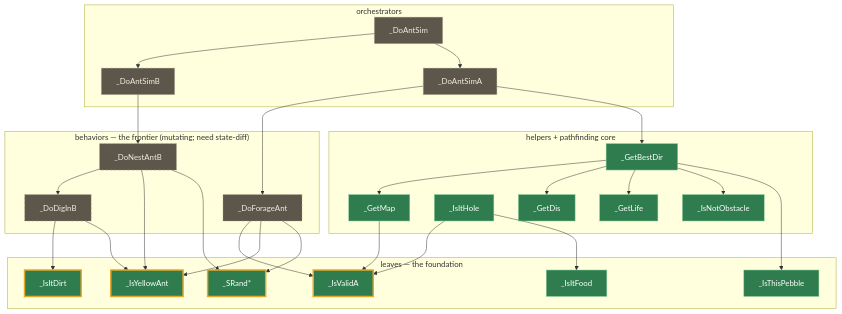
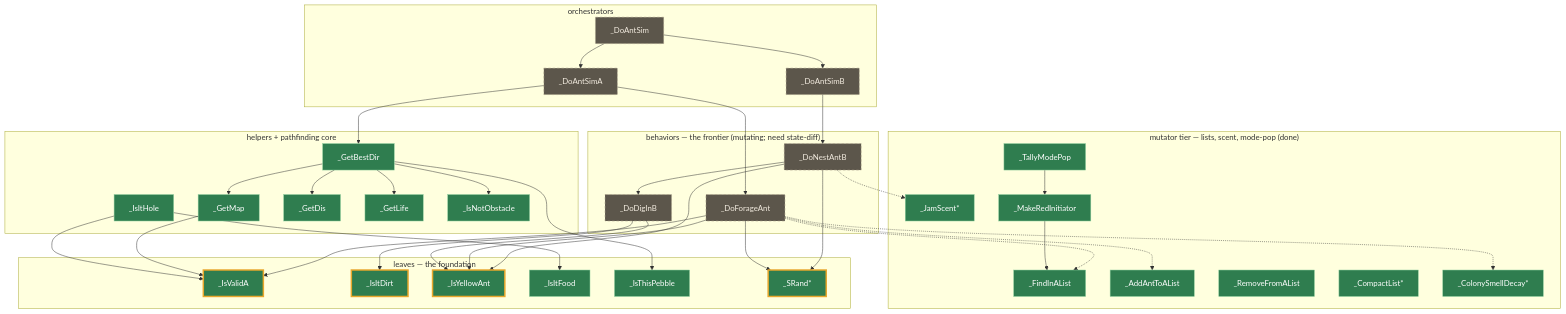
The diagram in README.md (missingno7/simant_port), drawn with Mermaid before and after one commit. The commit also changed other lines of this file, not shown here.

First line of the commit message:
docs(readme): update recovery map — ant-list/scent/mode-pop mutator tier done

````diff
--- a/README.md
+++ b/README.md
@@ -41,45 +47,60 @@
 ```mermaid
 flowchart TD
   subgraph L1["orchestrators"]
     das["_DoAntSim"]
     dab["_DoAntSimB"]
     daa["_DoAntSimA"]
   end
   subgraph L2["behaviors — the frontier (mutating; need state-diff)"]
     dnb["_DoNestAntB"]
     dfor["_DoForageAnt"]
     ddig["_DoDigInB"]
+  end
+  subgraph L3m["mutator tier — lists, scent, mode-pop (done)"]
+    fial["_FindInAList"]
+    aal["_AddAntToAList"]
+    rfal["_RemoveFromAList"]
+    cla["_CompactList*"]
+    csd["_ColonySmellDecay*"]
+    jsc["_JamScent*"]
+    tmp["_TallyModePop"]
+    mri["_MakeRedInitiator"]
   end
   subgraph L3["helpers + pathfinding core"]
     gbd["_GetBestDir"]
     gmap["_GetMap"]
     ihole["_IsItHole"]
     gdis["_GetDis"]
     glife["_GetLife"]
     inobs["_IsNotObstacle"]
   end
   subgraph L4["leaves — the foundation"]
     iva["_IsValidA"]
     idirt["_IsItDirt"]
     iyel["_IsYellowAnt"]
     ifood["_IsItFood"]
     ipeb["_IsThisPebble"]
     srand["_SRand*"]
   end
   das --> dab & daa
   dab --> dnb
   daa --> dfor & gbd
   dnb --> ddig & iyel & srand
   dfor --> iva & iyel & srand
+  dfor -.-> fial & aal & csd
+  dnb -.-> jsc
   gbd --> gmap & gdis & glife & inobs & ipeb
   ddig --> idirt & iyel
   gmap --> iva
   ihole --> iva & ifood
+  tmp --> mri
+  mri --> fial
 
   classDef done fill:#2f7d4f,stroke:#8fce9e,color:#fff;
   classDef load fill:#2f7d4f,stroke:#e8a72c,stroke-width:3px,color:#fff;
   classDef front fill:#5c564b,stroke:#a99e86,color:#f3ece0,stroke-dasharray:5 4;
   class gmap,ihole,ifood,ipeb,gdis,glife,gbd,inobs done;
   class iva,idirt,iyel,srand load;
+  class fial,aal,rfal,cla,csd,jsc,tmp,mri done;
   class das,dab,daa,dnb,dfor,ddig front;
 ```
````
